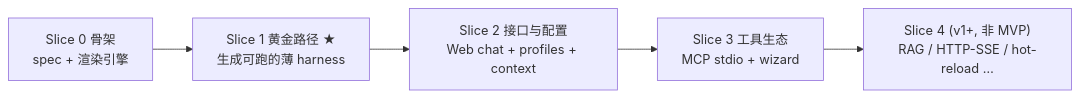
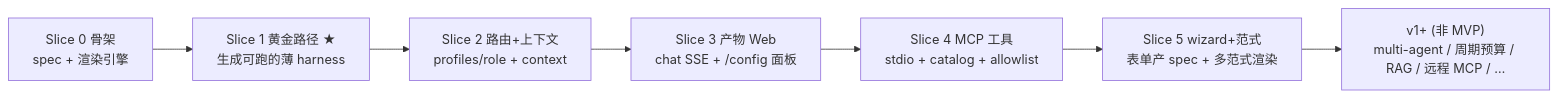
One commit to EpisodeYu/HarnessSmith changed the diagram in docs/02-development/00-overview.md. Above: the diagram before and after it, drawn with Mermaid. The commit also changed other lines of this file and 3 other files, not shown here.

First line of the commit message:
docs: re-slice L2 roadmap into focused slices (S2-S5)

````diff
--- a/docs/02-development/00-overview.md
+++ b/docs/02-development/00-overview.md
@@ -25,7 +25,9 @@
 ```mermaid
 graph LR
     S0["Slice 0 骨架<br/>spec + 渲染引擎"] --> S1["Slice 1 黄金路径 ★<br/>生成可跑的薄 harness"]
-    S1 --> S2["Slice 2 接口与配置<br/>Web chat + profiles + context"]
-    S2 --> S3["Slice 3 工具生态<br/>MCP stdio + wizard"]
-    S3 --> S4["Slice 4 (v1+, 非 MVP)<br/>RAG / HTTP-SSE / hot-reload …"]
+    S1 --> S2["Slice 2 路由+上下文<br/>profiles/role + context"]
+    S2 --> S3["Slice 3 产物 Web<br/>chat SSE + /config 面板"]
+    S3 --> S4["Slice 4 MCP 工具<br/>stdio + catalog + allowlist"]
+    S4 --> S5["Slice 5 wizard+范式<br/>表单产 spec + 多范式渲染"]
+    S5 --> V["v1+ (非 MVP)<br/>multi-agent / 周期预算 / RAG / 远程 MCP / …"]
 ```
````
